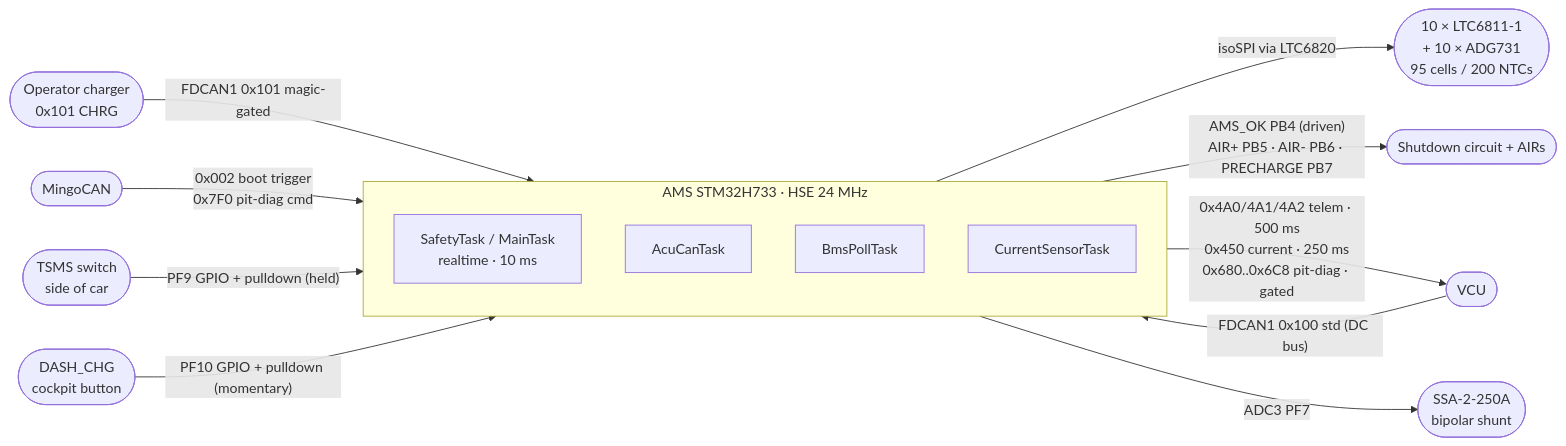
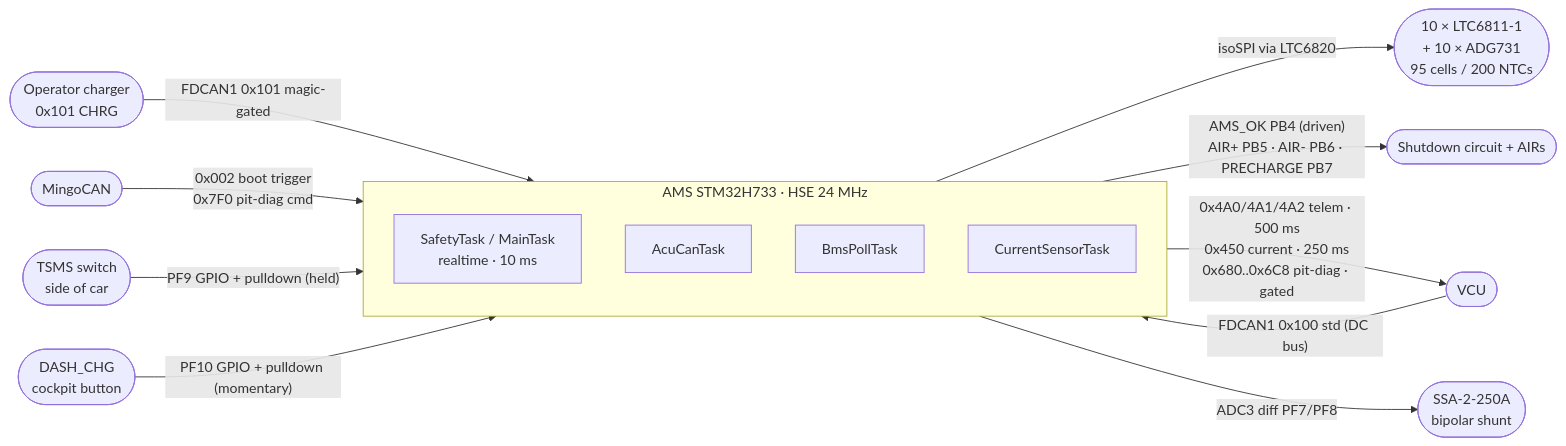
Before and after one commit to isc-fs/IFS08-CE-AMS: the first of 4 diagrams in docs/DEEP_DIVE.md, drawn with Mermaid. The commit also changed other lines of this file and 12 other files, not shown here.

````diff
--- a/docs/DEEP_DIVE.md
+++ b/docs/DEEP_DIVE.md
@@ -31,20 +31,20 @@
 ```mermaid
 flowchart LR
     VCU([VCU]) -- "FDCAN1 0x100 std (DC bus)" --> AMS
     OP([Operator charger<br/>0x101 CHRG]) -- "FDCAN1 0x101 magic-gated" --> AMS
     BENCH([MingoCAN]) -- "0x002 boot trigger<br/>0x7F0 pit-diag cmd" --> AMS
     TSMS([TSMS switch<br/>side of car]) -- "PF9 GPIO + pulldown (held)" --> AMS
     DASH([DASH_CHG<br/>cockpit button]) -- "PF10 GPIO + pulldown (momentary)" --> AMS
 
     subgraph AMS[AMS STM32H733 · HSE 24 MHz]
       SafetyTask[SafetyTask / MainTask<br/>realtime · 10 ms]
       AcuCanTask
       BmsPollTask
       CurrentSensorTask
     end
 
     AMS -- "isoSPI via LTC6820" --> Chain([10 × LTC6811-1<br/>+ 10 × ADG731<br/>95 cells / 200 NTCs])
     AMS -- "AMS_OK PB4 (driven)<br/>AIR+ PB5 · AIR- PB6 · PRECHARGE PB7" --> SDC([Shutdown circuit + AIRs])
     AMS -- "0x4A0/4A1/4A2 telem · 500 ms<br/>0x450 current · 250 ms<br/>0x680..0x6C8 pit-diag · gated" --> VCU
-    AMS -- "ADC3 PF7" --> CurrSensor([SSA-2-250A<br/>bipolar shunt])
+    AMS -- "ADC3 diff PF7/PF8" --> CurrSensor([SSA-2-250A<br/>bipolar shunt])
 ```
````
